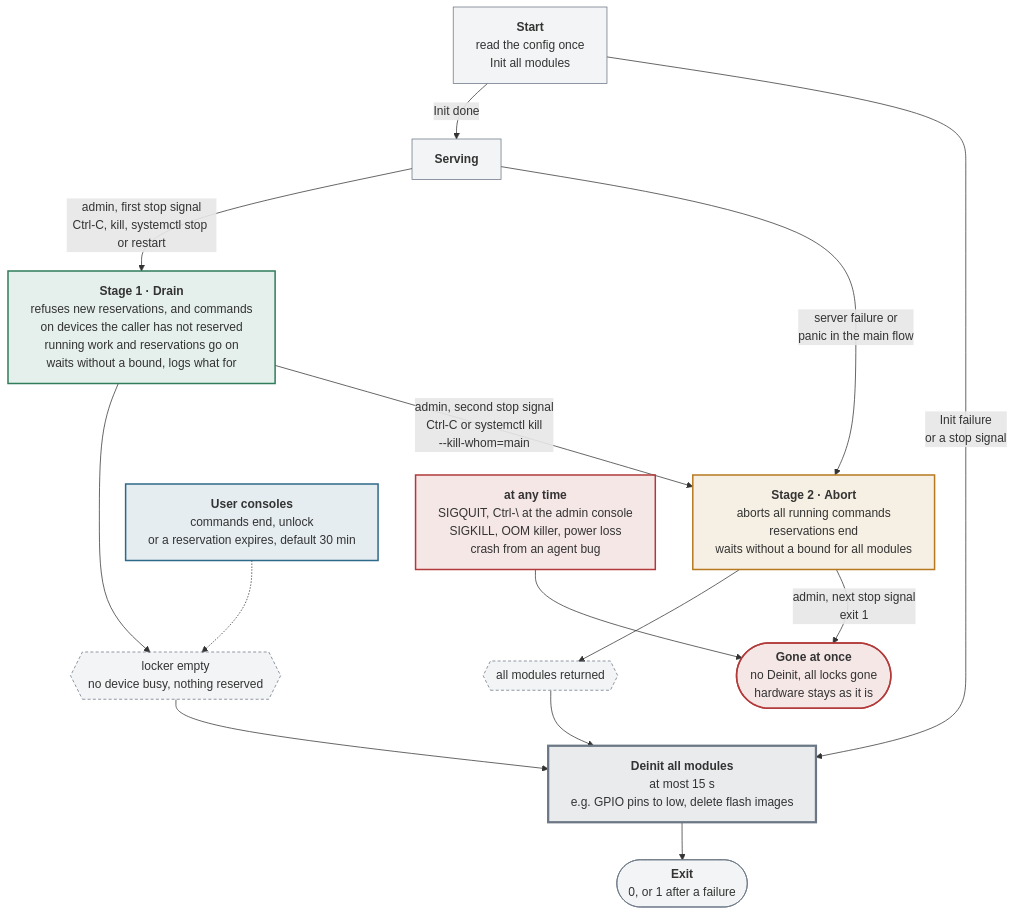
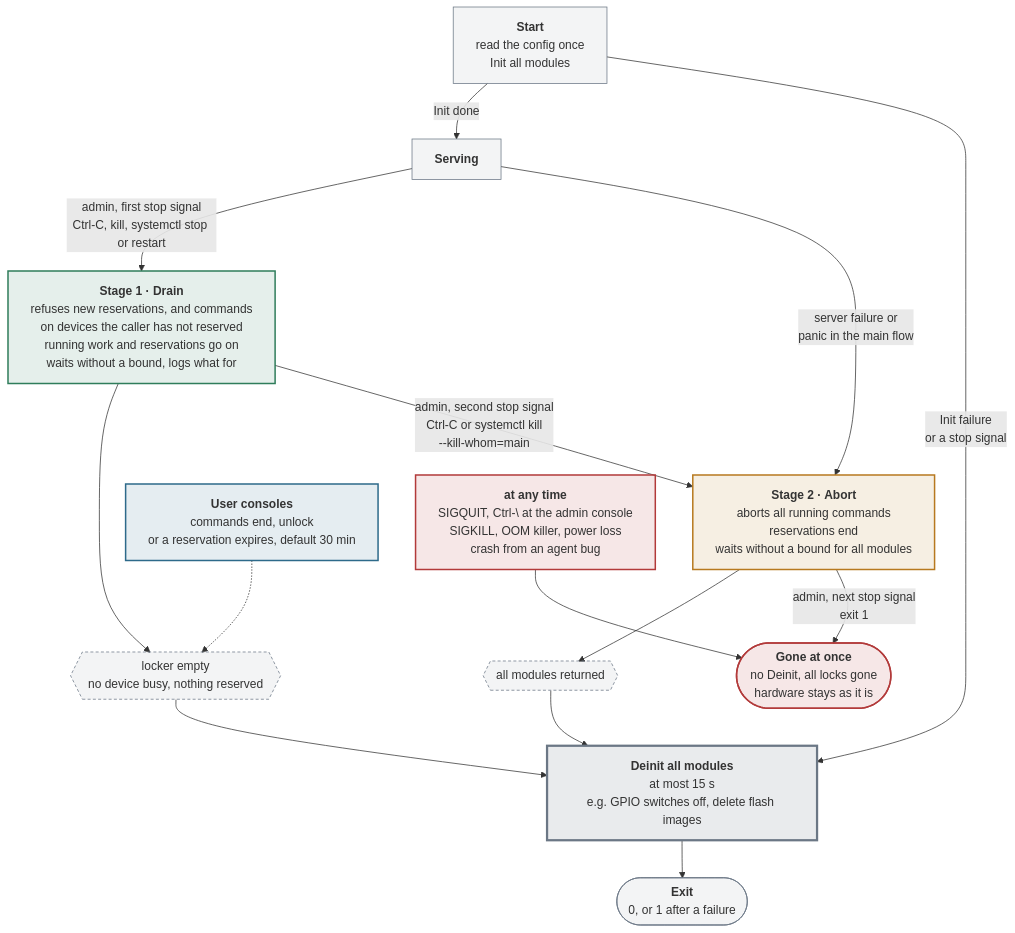
One commit to BlindspotSoftware/dutctl changed the second of 2 diagrams in docs/dutagent-shutdown.md. Above: the diagram before and after it, drawn with Mermaid. The commit also changed other lines of this file and 2 other files, not shown here.

First line of the commit message:
fix: leave an active-low gpio button released when the agent stops

````diff
--- a/docs/dutagent-shutdown.md
+++ b/docs/dutagent-shutdown.md
@@ -78,42 +78,42 @@
 ```mermaid
 %%{init: {"flowchart": {"wrappingWidth": 300}}}%%
 flowchart TB
   START["<b>Start</b><br/>read the config once<br/>Init all modules"]
   RUN["<b>Serving</b>"]
   S1["<b>Stage 1 · Drain</b><br/>refuses new reservations, and commands<br/>on devices the caller has not reserved<br/>running work and reservations go on<br/>waits without a bound, logs what for"]
   W1{{"locker empty<br/>no device busy, nothing reserved"}}
   S2["<b>Stage 2 · Abort</b><br/>aborts all running commands<br/>reservations end<br/>waits without a bound for all modules"]
   W2{{"all modules returned"}}
-  DEINIT["<b>Deinit all modules</b><br/>at most 15 s<br/>e.g. GPIO pins to low, delete flash images"]
+  DEINIT["<b>Deinit all modules</b><br/>at most 15 s<br/>e.g. GPIO switches off, delete flash images"]
   EXIT(["<b>Exit</b><br/>0, or 1 after a failure"])
   NOW(["<b>Gone at once</b><br/>no Deinit, all locks gone<br/>hardware stays as it is"])
   USR["<b>User consoles</b><br/>commands end, unlock<br/>or a reservation expires, default 30 min"]
   ANY["<b>at any time</b><br/>SIGQUIT, Ctrl-#92; at the admin console<br/>SIGKILL, OOM killer, power loss<br/>crash from an agent bug"]
 
   START -->|"Init done"| RUN
   START -->|"Init failure<br/>or a stop signal"| DEINIT
   RUN -->|"admin, first stop signal<br/>Ctrl-C, kill, systemctl stop or restart"| S1
   RUN -->|"server failure or<br/>panic in the main flow"| S2
   S1 --> W1 --> DEINIT
   USR -.-> W1
   S1 -->|"admin, second stop signal<br/>Ctrl-C or systemctl kill<br/>#8209;#8209;kill#8209;whom=main"| S2
   S2 --> W2 --> DEINIT
   S2 -->|"admin, next stop signal<br/>exit 1"| NOW
   ANY --> NOW
   DEINIT --> EXIT
 
   classDef s1 fill:#2f7d5b1f,stroke:#2f7d5b,stroke-width:2px
   classDef s2 fill:#b7791f1f,stroke:#b7791f,stroke-width:2px
   classDef s3 fill:#b23a3a1f,stroke:#b23a3a,stroke-width:2px
   classDef cond fill:#6b778514,stroke:#6b7785,stroke-dasharray:4 3
   classDef deinit fill:#6b778526,stroke:#6b7785,stroke-width:3px
   classDef user fill:#2d6a8a1f,stroke:#2d6a8a,stroke-width:2px
   classDef plain fill:#6b778514,stroke:#6b7785
   class S1 s1
   class S2 s2
   class NOW,ANY s3
   class W1,W2 cond
   class DEINIT deinit
   class USR user
   class START,RUN,EXIT plain
 ```
````
